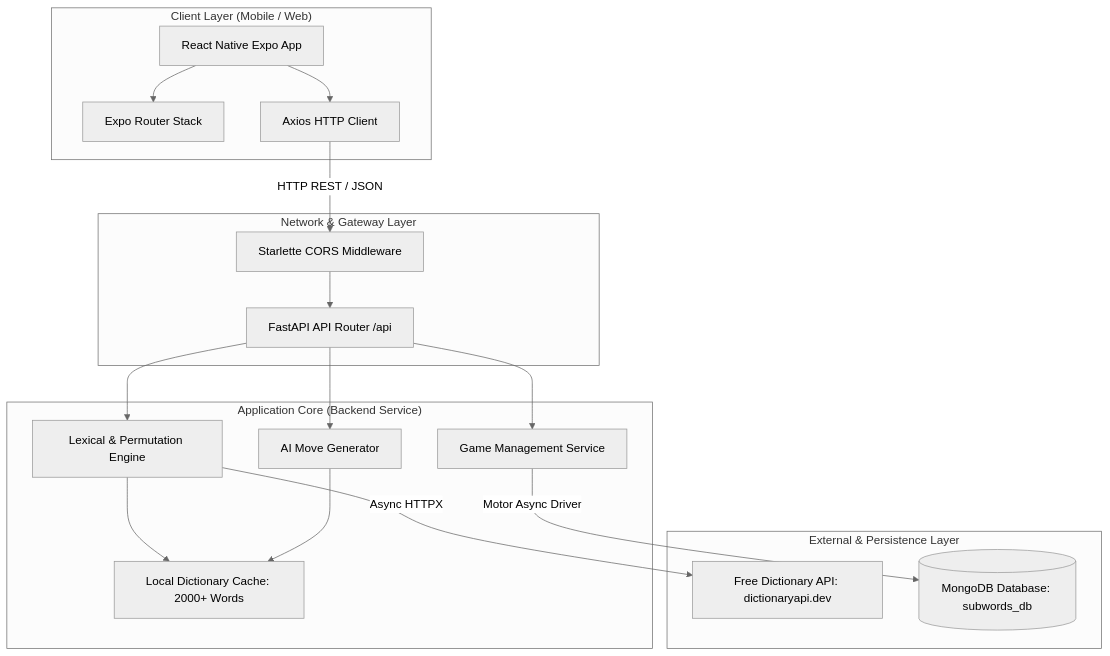
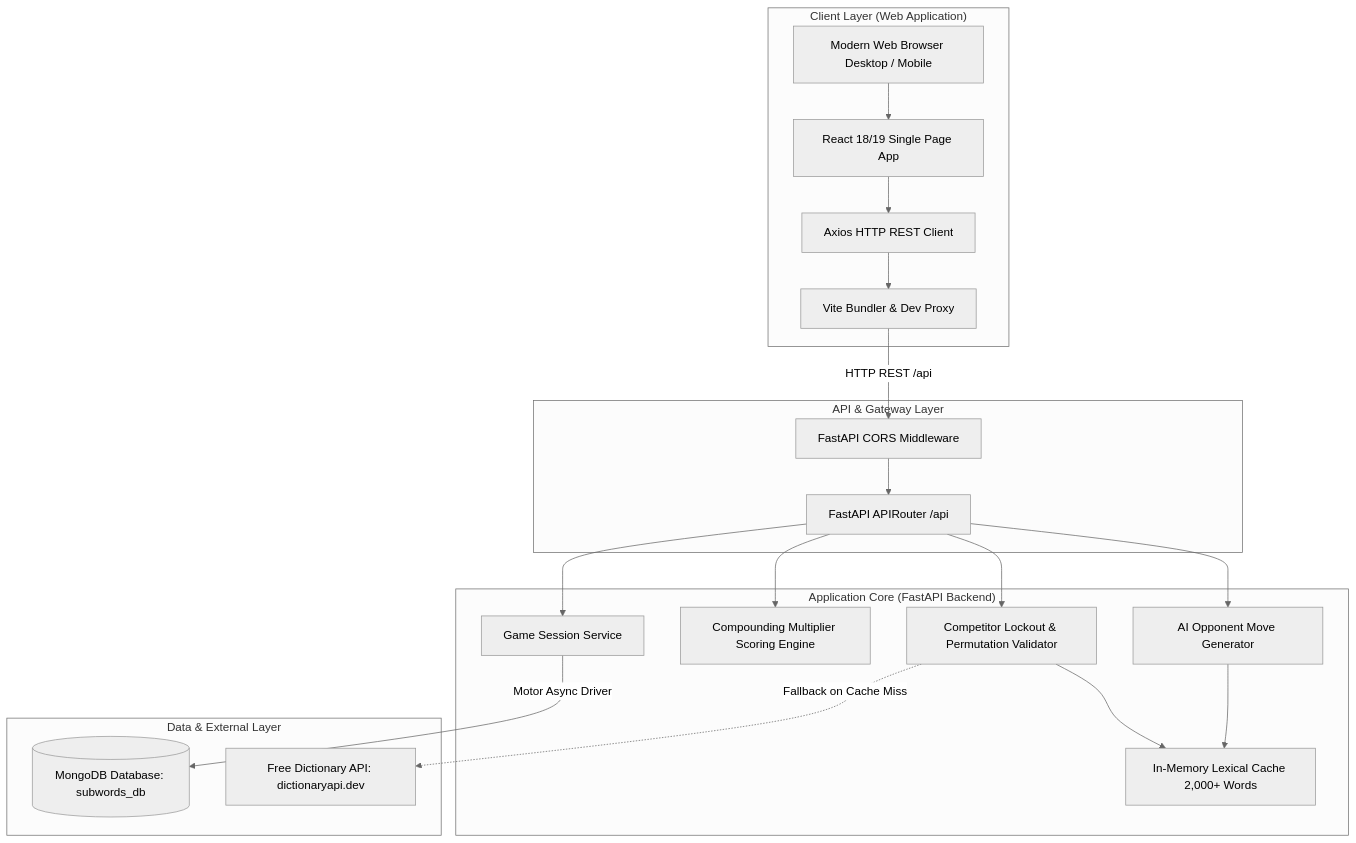
One commit to amitbora007/subwords-game changed the first of 2 diagrams in docs/ARCHITECTURE.md. Above: the diagram before and after it, drawn with Mermaid (neutral theme). The commit also changed other lines of this file and 41 other files, not shown here.

Commit message:
feat: revamp to ReactJS web app, 6+ letter words, multiplier scoring, and lockout rule

````diff
--- a/docs/ARCHITECTURE.md
+++ b/docs/ARCHITECTURE.md
@@ -18,40 +18,44 @@
 ```mermaid
 graph TB
-    subgraph "Client Layer (Mobile / Web)"
-        UI[React Native Expo App]
-        ER[Expo Router Stack]
-        Axios[Axios HTTP Client]
-        UI --> ER
-        UI --> Axios
+    subgraph "Client Layer (Web Application)"
+        Browser[Modern Web Browser Desktop / Mobile]
+        ReactApp[React 18/19 Single Page App]
+        ViteDev[Vite Bundler & Dev Proxy]
+        AxiosClient[Axios HTTP REST Client]
+
+        Browser --> ReactApp
+        ReactApp --> AxiosClient
+        AxiosClient --> ViteDev
     end
 
-    subgraph "Network & Gateway Layer"
-        CORS[Starlette CORS Middleware]
-        Router[FastAPI API Router /api]
+    subgraph "API & Gateway Layer"
+        CORS[FastAPI CORS Middleware]
+        APIRouter[FastAPI APIRouter /api]
     end
 
-    subgraph "Application Core (Backend Service)"
-        GameService[Game Management Service]
-        Validator[Lexical & Permutation Engine]
-        AIEngine[AI Move Generator]
-        LocalDict[Local Dictionary Cache: 2000+ Words]
+    subgraph "Application Core (FastAPI Backend)"
+        GameService[Game Session Service]
+        ScoreEngine[Compounding Multiplier Scoring Engine]
+        LockoutValidator[Competitor Lockout & Permutation Validator]
+        AIEngine[AI Opponent Move Generator]
+        LocalDict[In-Memory Lexical Cache 2,000+ Words]
     end
 
-    subgraph "External & Persistence Layer"
+    subgraph "Data & External Layer"
+        MongoDB[(MongoDB Database: subwords_db)]
         DictAPI[Free Dictionary API: dictionaryapi.dev]
-        MongoDB[(MongoDB Database: subwords_db)]
     end
 
-    Axios -->|HTTP REST / JSON| CORS
-    CORS --> Router
-    Router --> GameService
-    Router --> Validator
-    Router --> AIEngine
+    ViteDev -->|HTTP REST /api| CORS
+    CORS --> APIRouter
+    APIRouter --> GameService
+    APIRouter --> ScoreEngine
+    APIRouter --> LockoutValidator
+    APIRouter --> AIEngine
 
-    Validator --> LocalDict
-    Validator -->|Async HTTPX| DictAPI
+    LockoutValidator --> LocalDict
+    LockoutValidator -.->|Fallback on Cache Miss| DictAPI
 
     AIEngine --> LocalDict
-
     GameService -->|Motor Async Driver| MongoDB
 ```
````
